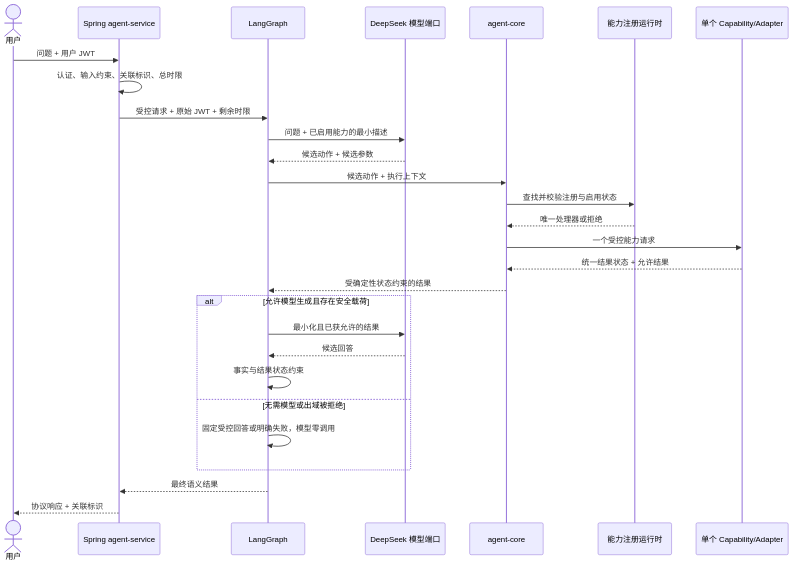
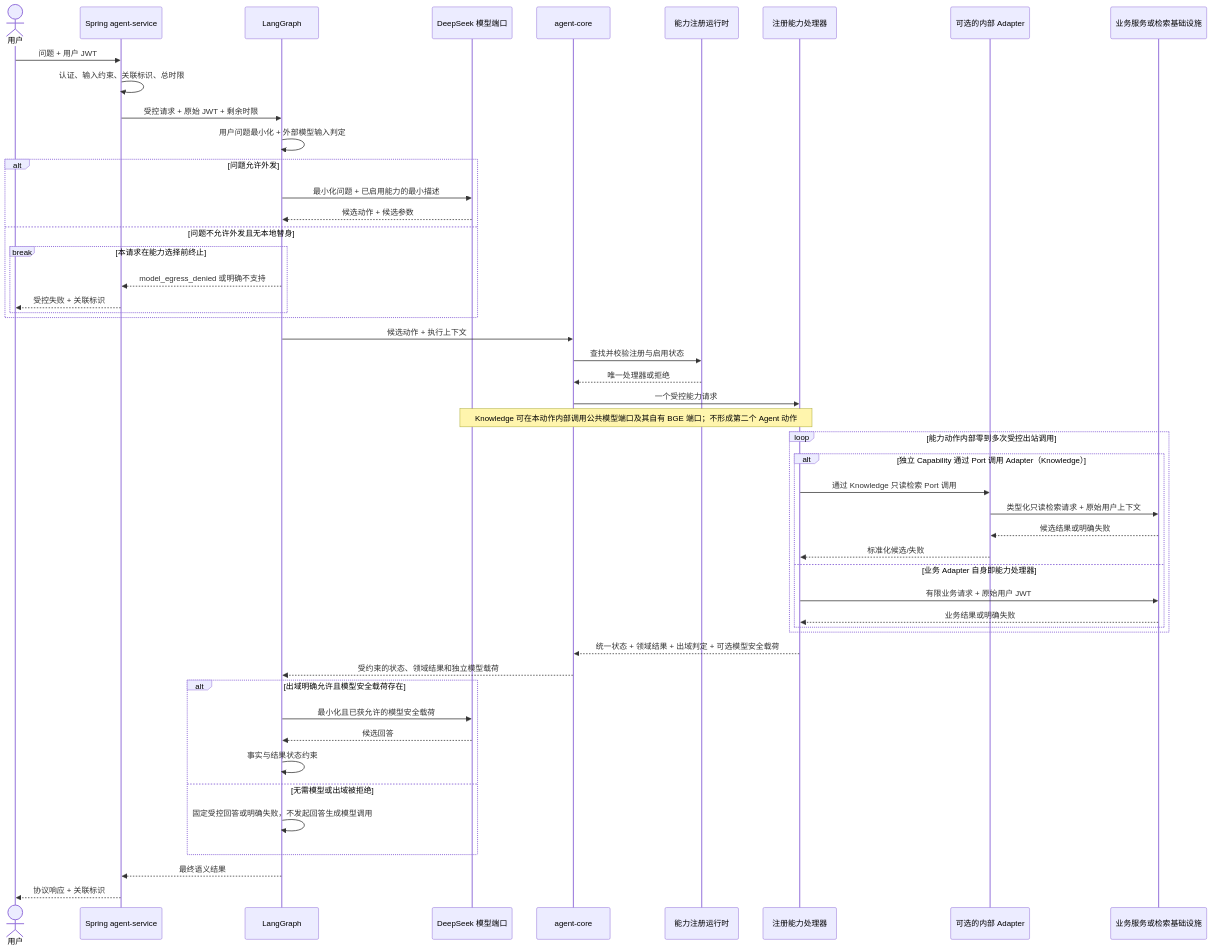
Before and after one commit to KyriosoO/springcloud-demo: the third of 3 diagrams in docs/design/SINGLE_AGENT_CORE_RUNTIME_ARCHITECTURE.md, drawn with Mermaid. The commit also changed other lines of this file and 2 other files, not shown here.

Commit message:
docs: review single-agent core runtime L1

````diff
--- a/docs/design/SINGLE_AGENT_CORE_RUNTIME_ARCHITECTURE.md
+++ b/docs/design/SINGLE_AGENT_CORE_RUNTIME_ARCHITECTURE.md
@@ -326,31 +398,53 @@
 ```mermaid
 sequenceDiagram
     actor U as 用户
     participant S as Spring agent-service
     participant G as LangGraph
     participant M as DeepSeek 模型端口
     participant C as agent-core
     participant R as 能力注册运行时
-    participant A as 单个 Capability/Adapter
+    participant H as 注册能力处理器
+    participant A as 可选的内部 Adapter
+    participant B as 业务服务或检索基础设施
 
     U->>S: 问题 + 用户 JWT
     S->>S: 认证、输入约束、关联标识、总时限
     S->>G: 受控请求 + 原始 JWT + 剩余时限
-    G->>M: 问题 + 已启用能力的最小描述
-    M-->>G: 候选动作 + 候选参数
+    G->>G: 用户问题最小化 + 外部模型输入判定
+    alt 问题允许外发
+        G->>M: 最小化问题 + 已启用能力的最小描述
+        M-->>G: 候选动作 + 候选参数
+    else 问题不允许外发且无本地替身
+        break 本请求在能力选择前终止
+            G-->>S: model_egress_denied 或明确不支持
+            S-->>U: 受控失败 + 关联标识
+        end
+    end
     G->>C: 候选动作 + 执行上下文
     C->>R: 查找并校验注册与启用状态
     R-->>C: 唯一处理器或拒绝
-    C->>A: 一个受控能力请求
-    A-->>C: 统一结果状态 + 允许结果
-    C-->>G: 受确定性状态约束的结果
-    alt 允许模型生成且存在安全载荷
-        G->>M: 最小化且已获允许的结果
+    C->>H: 一个受控能力请求
+    Note over H,M: Knowledge 可在本动作内部调用公共模型端口及其自有 BGE 端口；不形成第二个 Agent 动作
+    loop 能力动作内部零到多次受控出站调用
+        alt 独立 Capability 通过 Port 调用 Adapter（Knowledge）
+            H->>A: 通过 Knowledge 只读检索 Port 调用
+            A->>B: 类型化只读检索请求 + 原始用户上下文
+            B-->>A: 候选结果或明确失败
+            A-->>H: 标准化候选/失败
+        else 业务 Adapter 自身即能力处理器
+            H->>B: 有限业务请求 + 原始用户 JWT
+            B-->>H: 业务结果或明确失败
+        end
+    end
+    H-->>C: 统一状态 + 领域结果 + 出域判定 + 可选模型安全载荷
+    C-->>G: 受约束的状态、领域结果和独立模型载荷
+    alt 出域明确允许且模型安全载荷存在
+        G->>M: 最小化且已获允许的模型安全载荷
         M-->>G: 候选回答
         G->>G: 事实与结果状态约束
     else 无需模型或出域被拒绝
-        G->>G: 固定受控回答或明确失败，模型零调用
+        G->>G: 固定受控回答或明确失败，不发起回答生成模型调用
     end
     G-->>S: 最终语义结果
     S-->>U: 协议响应 + 关联标识
 ```
````
